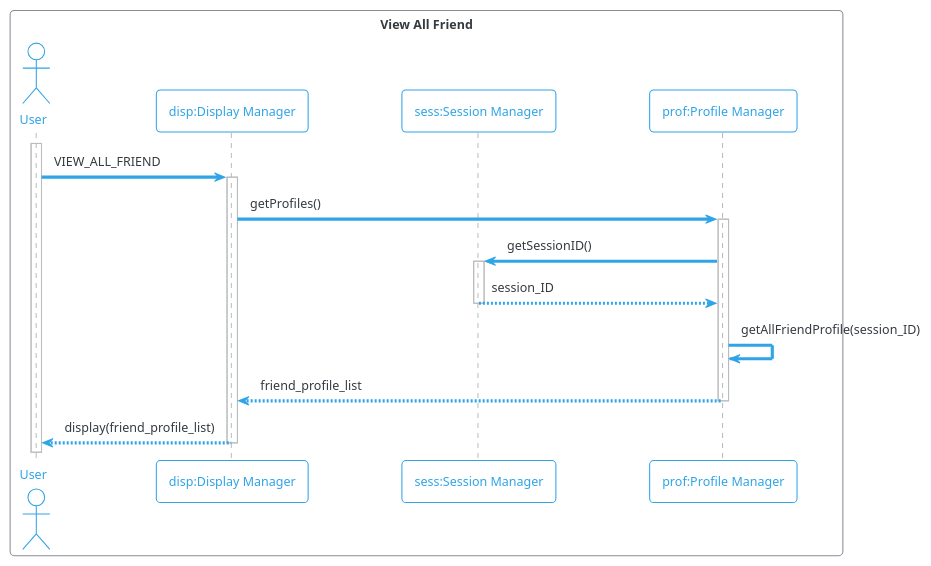
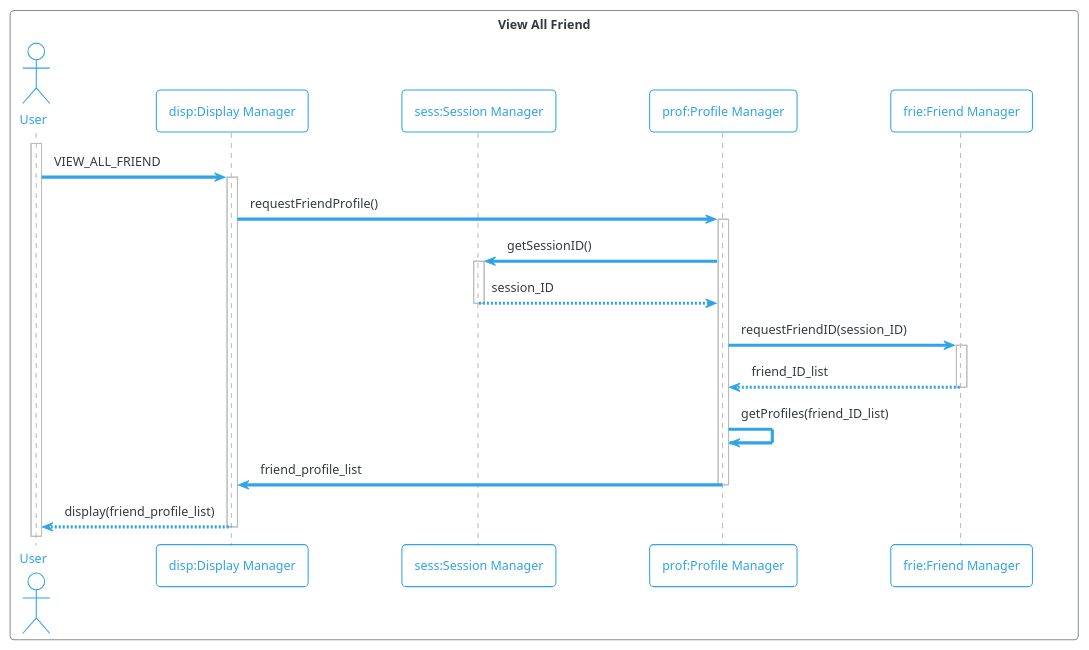
Before and after one commit to md-y/3354-splitsquad: the diagram in Sequence Diagrams/Squad/ViewAllFriends.puml, drawn with PlantUML. The commit also changed 10 other files, not shown here.

Commit message:
Add All Sequence Diagram of Squad

```diff
--- a/Sequence Diagrams/Squad/ViewAllFriends.puml
+++ b/Sequence Diagrams/Squad/ViewAllFriends.puml
@@ -1,17 +1,20 @@
 @startuml
 !theme cerulean-outline
 box "View All Friend"
 actor "User" as user
 participant "disp:Display Manager" as disp
 participant "sess:Session Manager" as sess
 participant "prof:Profile Manager" as prof
+participant "frie:Friend Manager" as frie
 end box
 activate user
 user -> disp ++ : VIEW_ALL_FRIEND
-disp -> prof ++ : getProfiles()
+disp -> prof ++ : requestFriendProfile()
 prof -> sess ++ : getSessionID()
 sess --> prof -- : session_ID
-prof -> prof : getAllFriendProfile(session_ID)
-prof --> disp -- : friend_profile_list
+prof -> frie ++ : requestFriendID(session_ID)
+frie --> prof -- : friend_ID_list
+prof -> prof : getProfiles(friend_ID_list)
+prof -> disp -- : friend_profile_list
 disp --> user -- : display(friend_profile_list)
 @enduml
```
